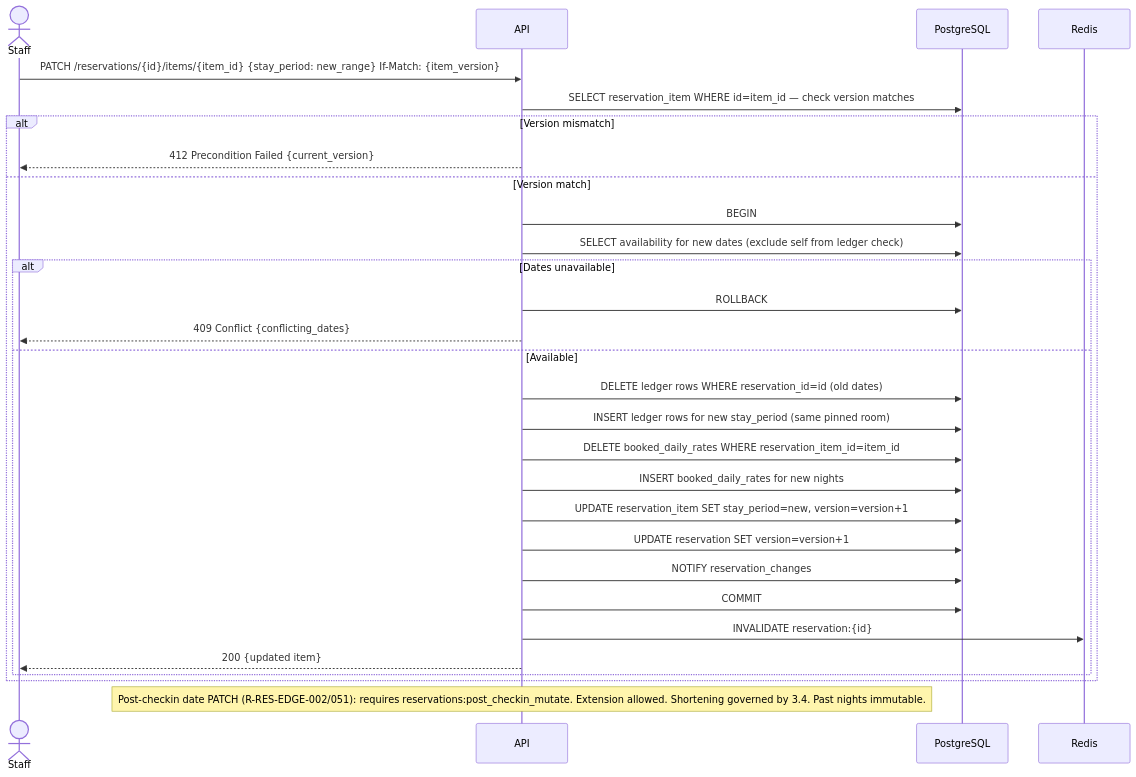
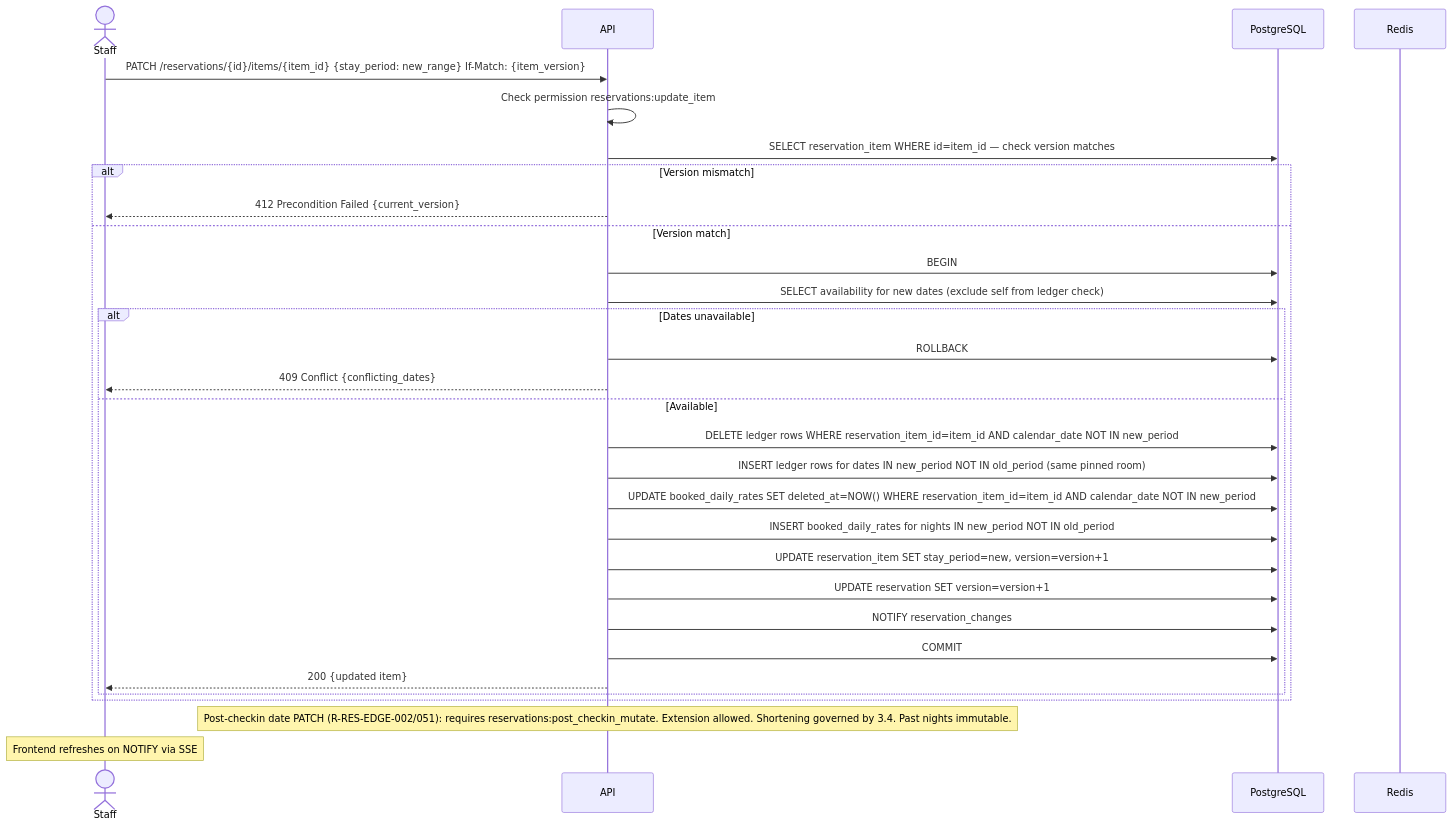
The seventh of 33 diagrams in docs/flows/reservations.md (mallytj/yop-pms), drawn with Mermaid before and after one commit. The commit also changed other lines of this file, not shown here.

Commit message:
docs(reservations): update the flows post review

````diff
--- a/docs/flows/reservations.md
+++ b/docs/flows/reservations.md
@@ -361,33 +406,34 @@
 ```mermaid
 sequenceDiagram
     actor Staff
     participant API
     participant DB as PostgreSQL
     participant Redis
 
     Staff->>API: PATCH /reservations/{id}/items/{item_id} {stay_period: new_range} If-Match: {item_version}
+    API->>API: Check permission reservations:update_item
     API->>DB: SELECT reservation_item WHERE id=item_id — check version matches
     alt Version mismatch
         API-->>Staff: 412 Precondition Failed {current_version}
     else Version match
         API->>DB: BEGIN
         API->>DB: SELECT availability for new dates (exclude self from ledger check)
         alt Dates unavailable
             API->>DB: ROLLBACK
             API-->>Staff: 409 Conflict {conflicting_dates}
         else Available
-            API->>DB: DELETE ledger rows WHERE reservation_id=id (old dates)
-            API->>DB: INSERT ledger rows for new stay_period (same pinned room)
-            API->>DB: DELETE booked_daily_rates WHERE reservation_item_id=item_id
-            API->>DB: INSERT booked_daily_rates for new nights
+            API->>DB: DELETE ledger rows WHERE reservation_item_id=item_id AND calendar_date NOT IN new_period
+            API->>DB: INSERT ledger rows for dates IN new_period NOT IN old_period (same pinned room)
+            API->>DB: UPDATE booked_daily_rates SET deleted_at=NOW() WHERE reservation_item_id=item_id AND calendar_date NOT IN new_period
+            API->>DB: INSERT booked_daily_rates for nights IN new_period NOT IN old_period
             API->>DB: UPDATE reservation_item SET stay_period=new, version=version+1
             API->>DB: UPDATE reservation SET version=version+1
             API->>DB: NOTIFY reservation_changes
             API->>DB: COMMIT
-            API->>Redis: INVALIDATE reservation:{id}
             API-->>Staff: 200 {updated item}
         end
     end
 
     Note over API: Post-checkin date PATCH (R-RES-EDGE-002/051): requires reservations:post_checkin_mutate. Extension allowed. Shortening governed by 3.4. Past nights immutable.
+    Note over Staff: Frontend refreshes on NOTIFY via SSE
 ```
````
